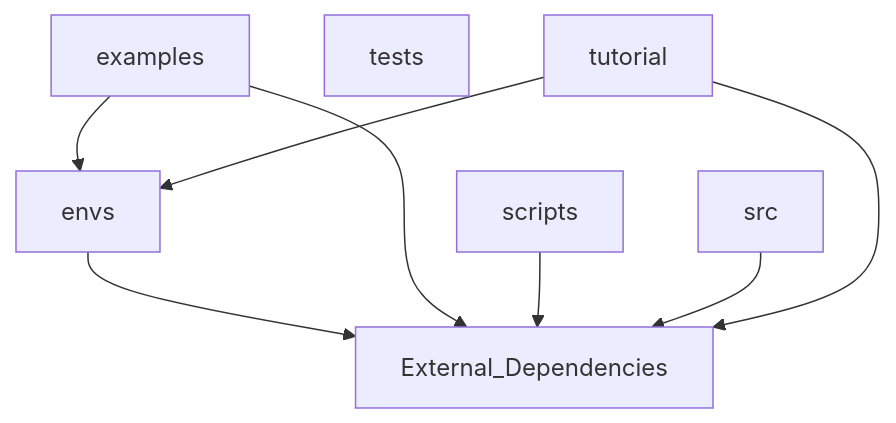
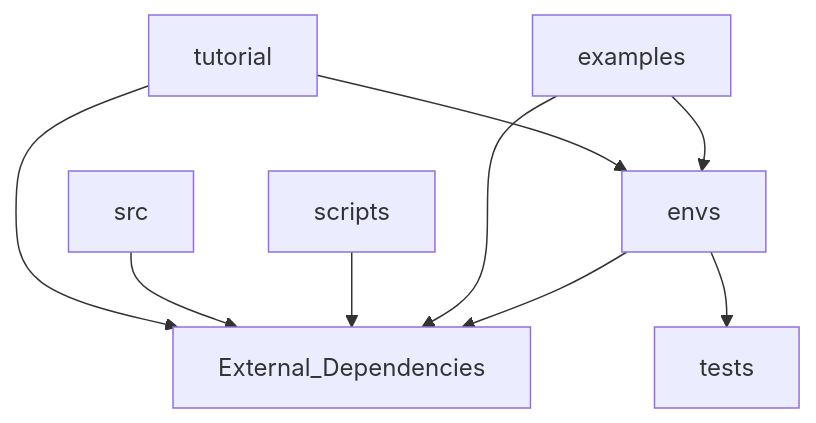
The diagram in README.md (NITISH-R-G/OpenEnv), drawn with Mermaid before and after one commit. The commit also changed other lines of this file and 2 other files, not shown here.

Commit message:
chore: auto-update docs, AI summaries, and architecture diagrams

````diff
--- a/README.md
+++ b/README.md
@@ -396,17 +397,18 @@
 ```mermaid
 graph TD
   External_Dependencies
   envs
   examples
   scripts
   src
   tests
   tutorial
   envs --> External_Dependencies
+  envs --> tests
   examples --> External_Dependencies
   examples --> envs
   scripts --> External_Dependencies
   src --> External_Dependencies
   tutorial --> External_Dependencies
   tutorial --> envs
 ```
````
